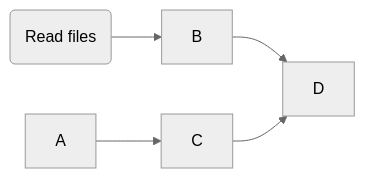
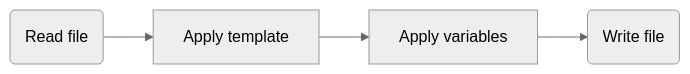
The diagram in docs/docs/getting-started/how-it-works.mdx (adrianschubek/utpp), drawn with Mermaid (neutral theme) before and after one commit. The commit also changed 1 other file, not shown here.

Commit message:
docs: update visualization

````diff
--- a/docs/docs/getting-started/how-it-works.mdx
+++ b/docs/docs/getting-started/how-it-works.mdx
@@ -7,7 +7,5 @@
 ```mermaid
 graph LR;
-    a(Read files)-->B;
-    A-->C;
-    B-->D;
-    C-->D;
+    a(Read file)-->b[Apply template]-->c[Apply variables]-->e(Write file);
+
 ```
````
